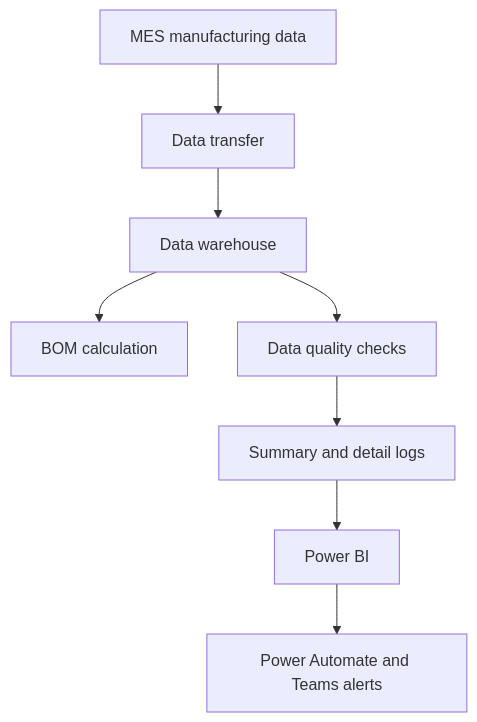
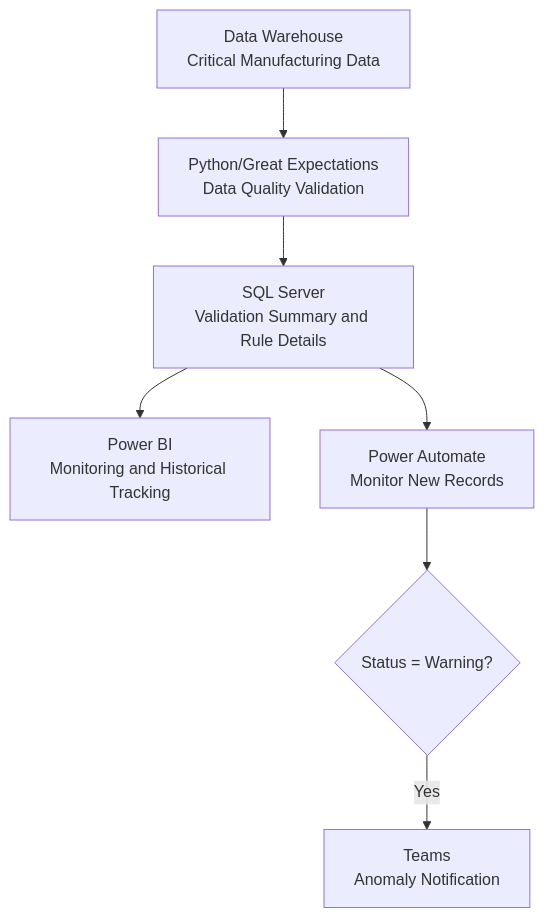
One commit to ChienChienChien/Manufacturing_Data_Quality_Monitoring changed the diagram in README.md. Above: the diagram before and after it, drawn with Mermaid. The commit also changed other lines of this file, not shown here.

Commit message:
Translate latest data quality monitoring README to English

````diff
--- a/README.md
+++ b/README.md
@@ -42,10 +56,9 @@
 ```mermaid
 flowchart TB
-    A["MES manufacturing data"] --> B["Data transfer"]
-    B --> C["Data warehouse"]
-    C --> D["BOM calculation"]
-    C --> E["Data quality checks"]
-    E --> F["Summary and detail logs"]
-    F --> G["Power BI"]
-    G --> H["Power Automate and Teams alerts"]
+    A["Data Warehouse<br/>Critical Manufacturing Data"] --> C["Python/Great Expectations<br/>Data Quality Validation"]
+    C --> D["SQL Server<br/>Validation Summary and Rule Details"]
+    D --> E["Power BI<br/>Monitoring and Historical Tracking"]
+    D --> F["Power Automate<br/>Monitor New Records"]
+    F --> G{"Status = Warning?"}
+    G -->|Yes| H["Teams<br/>Anomaly Notification"]
 ```
````
